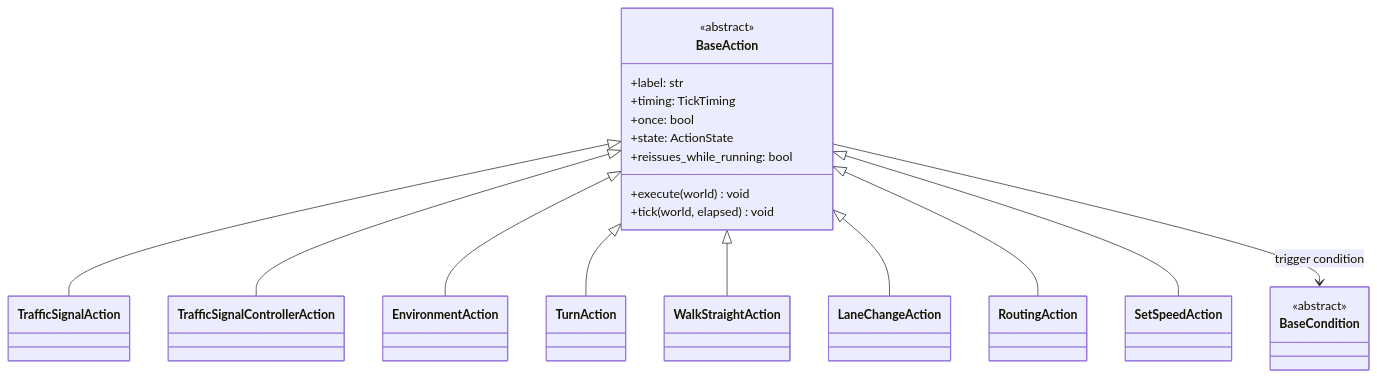
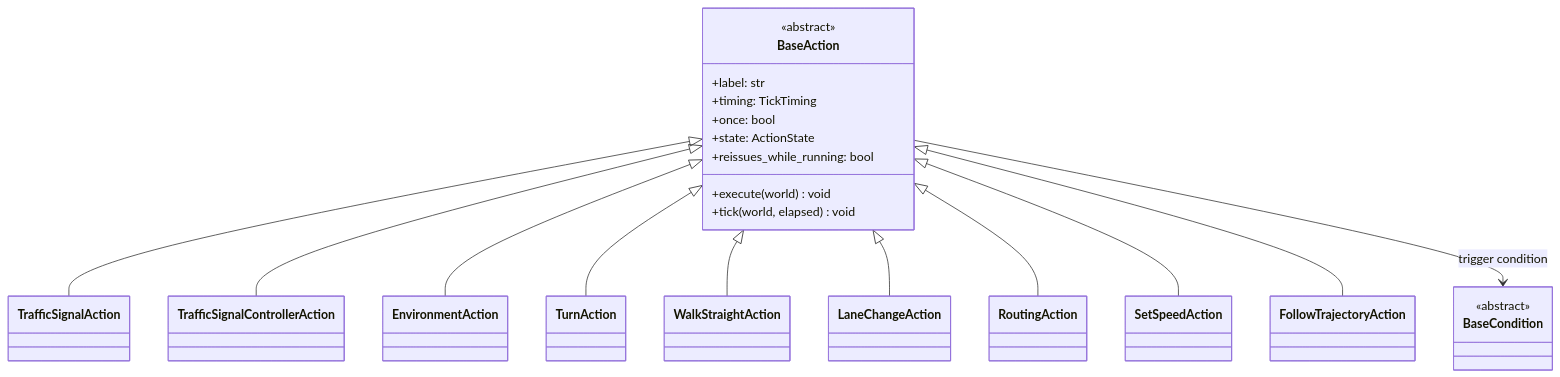
Before and after one commit to autowarefoundation/autoware_carla_scenario: the seventh of 14 diagrams in autoware_carla_scenario/docs/architecture.md, drawn with Mermaid. The commit also changed 38 other files, not shown here.

Commit message:
feat: FollowTrajectoryAction, editor authoring and hidden spawns for scene replay (#22)

````diff
--- a/autoware_carla_scenario/docs/architecture.md
+++ b/autoware_carla_scenario/docs/architecture.md
@@ -463,36 +463,38 @@
 ```mermaid
 classDiagram
     class BaseAction {
         <<abstract>>
         +label: str
         +timing: TickTiming
         +once: bool
         +state: ActionState
         +reissues_while_running: bool
         +execute(world) void
         +tick(world, elapsed) void
     }
 
     class BaseCondition {
         <<abstract>>
     }
 
     class TrafficSignalAction
     class TrafficSignalControllerAction
     class EnvironmentAction
     class TurnAction
     class WalkStraightAction
     class LaneChangeAction
     class RoutingAction
     class SetSpeedAction
+    class FollowTrajectoryAction
 
     BaseAction <|-- TrafficSignalAction
     BaseAction <|-- TrafficSignalControllerAction
     BaseAction <|-- EnvironmentAction
     BaseAction <|-- TurnAction
     BaseAction <|-- WalkStraightAction
     BaseAction <|-- LaneChangeAction
     BaseAction <|-- RoutingAction
     BaseAction <|-- SetSpeedAction
+    BaseAction <|-- FollowTrajectoryAction
     BaseAction --> BaseCondition : trigger condition
 ```
````
